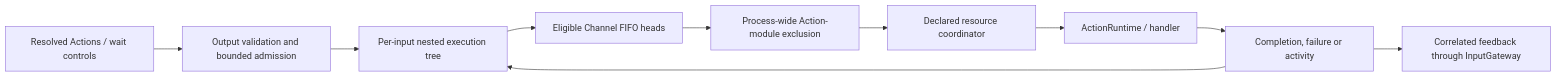
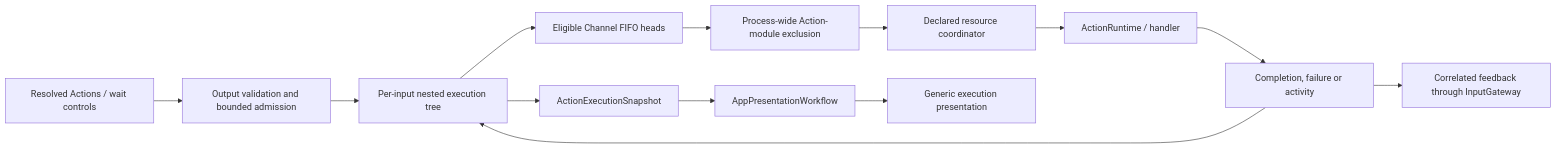
The sixth of 13 diagrams in MobileHarness/README.md (devilyouwei/MobileHarness), drawn with Mermaid before and after one commit. The commit also changed other lines of this file, not shown here.

Commit message:
docs: restore cross-module architecture context

````diff
--- a/MobileHarness/README.md
+++ b/MobileHarness/README.md
@@ -345,12 +387,15 @@
 ```mermaid
 flowchart LR
     Calls[Resolved Actions / wait controls] --> Admission[Output validation and bounded admission]
     Admission --> Tree[Per-input nested execution tree]
     Tree --> Heads[Eligible Channel FIFO heads]
     Heads --> Module[Process-wide Action-module exclusion]
     Module --> Resource[Declared resource coordinator]
     Resource --> Runtime[ActionRuntime / handler]
     Runtime --> Result[Completion, failure or activity]
     Result --> Tree
     Result --> Feedback[Correlated feedback through InputGateway]
+    Tree --> Snapshot[ActionExecutionSnapshot]
+    Snapshot --> Presentation[AppPresentationWorkflow]
+    Presentation --> UI[Generic execution presentation]
 ```
````
